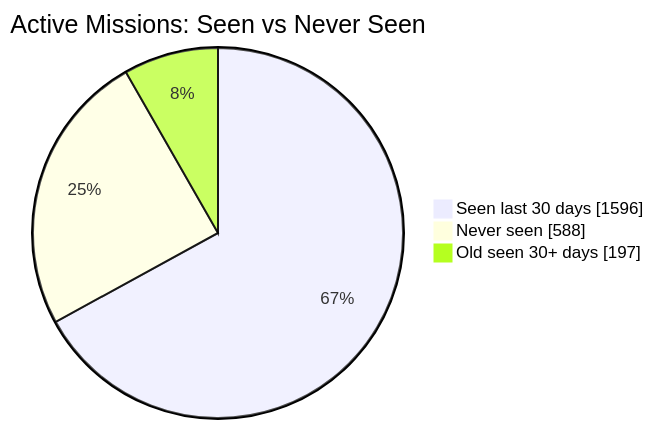
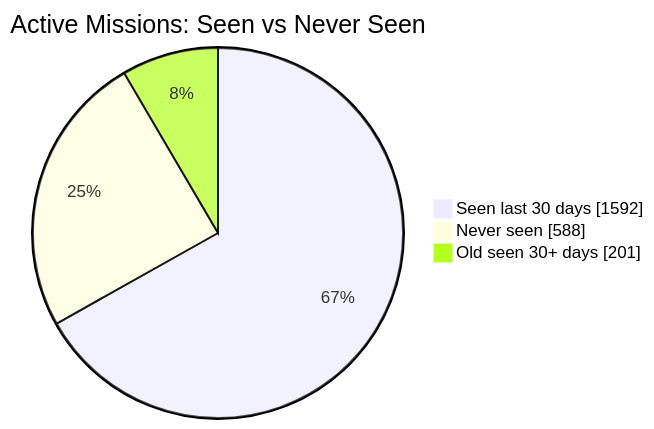
Before and after one commit to MeldkamerspelGameTeam/active-missions: the first of 2 diagrams in README.md, drawn with Mermaid. The commit also changed other lines of this file and 3 other files, not shown here.

````diff
--- a/README.md
+++ b/README.md
@@ -34,7 +34,7 @@
 ```mermaid
 pie showData
     title Active Missions: Seen vs Never Seen
-    "Seen last 30 days" : 1596
+    "Seen last 30 days" : 1592
     "Never seen" : 588
-    "Old seen 30+ days" : 197
+    "Old seen 30+ days" : 201
 ```
````
